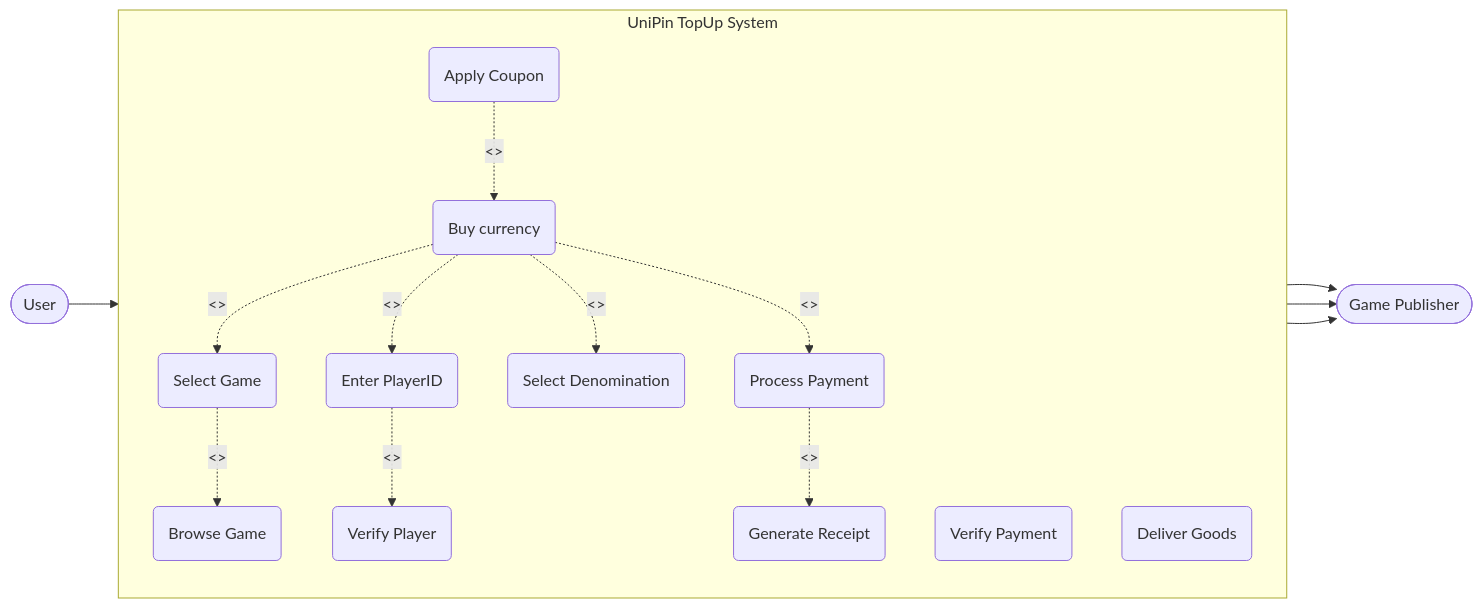
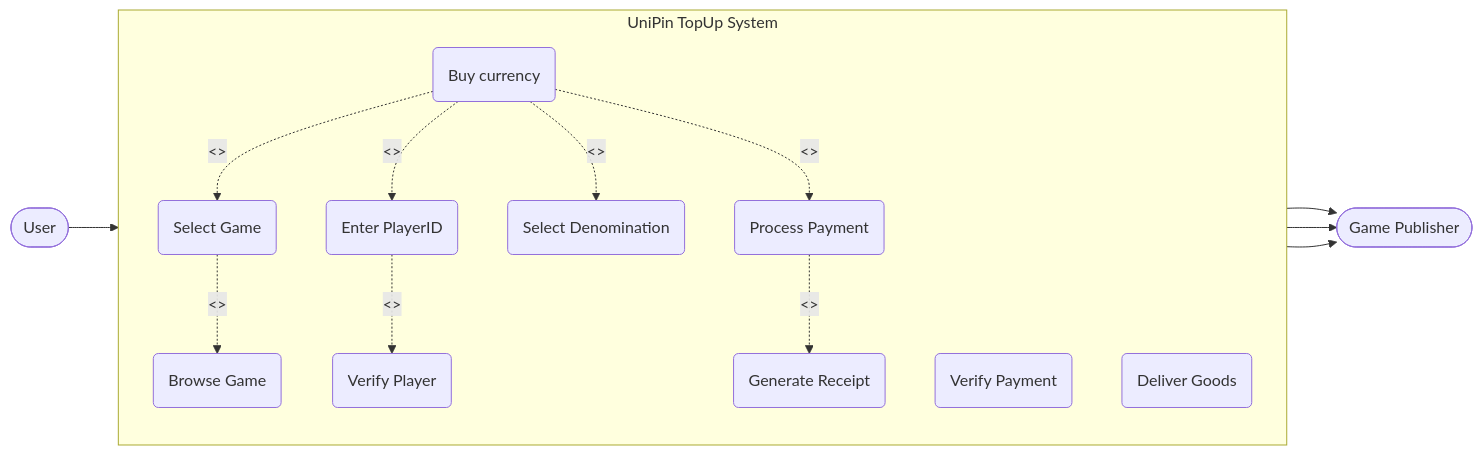
The first of 6 diagrams in Final_UniPin_SDD_Submission.md (ROS-RENDO/Unipin-Final), drawn with Mermaid before and after one commit. The commit also changed other lines of this file, not shown here.

Commit message:
Update Final_UniPin_SDD_Submission.md with new Promo scope

````diff
--- a/Final_UniPin_SDD_Submission.md
+++ b/Final_UniPin_SDD_Submission.md
@@ -92,44 +91,42 @@
 ```mermaid
 flowchart LR
     %% Actors
     Customer(["User"])
     GameAPI(["Game Publisher"])
     
     %% System Boundary
     subgraph System ["UniPin TopUp System"]
         direction TB
         UC_Browse("Browse Game")
         UC_Select("Select Game")
         UC_Purchase("Buy currency")
-        UC_Promo("Apply Coupon")
         
         UC_EnterID("Enter PlayerID")
         UC_SelectDenom("Select Denomination")
         UC_Pay("Process Payment")
         
         UC_Validate("Verify Player")
         UC_VerifyPay("Verify Payment")
         UC_Deliver("Deliver Goods")
         UC_Receipt("Generate Receipt")
         
         %% Extends
         UC_Select -. "<<extend>>" .-> UC_Browse
         UC_Purchase -. "<<extend>>" .-> UC_Select
-        UC_Promo -. "<<extend>>" .-> UC_Purchase
         
         %% Includes
         UC_Purchase -. "<<include>>" .-> UC_EnterID
         UC_Purchase -. "<<include>>" .-> UC_SelectDenom
         UC_Purchase -. "<<include>>" .-> UC_Pay
         
         UC_EnterID -. "<<include>>" .-> UC_Validate
         UC_Pay -. "<<include>>" .-> UC_Receipt
     end
     
     %% Associations
     Customer --> UC_Browse
     
     UC_Validate --> GameAPI
     UC_VerifyPay --> GameAPI
     UC_Deliver --> GameAPI
 ```
````
